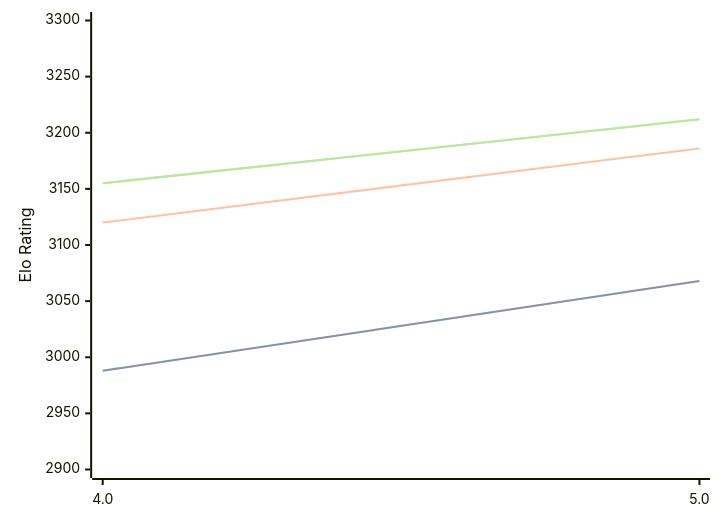
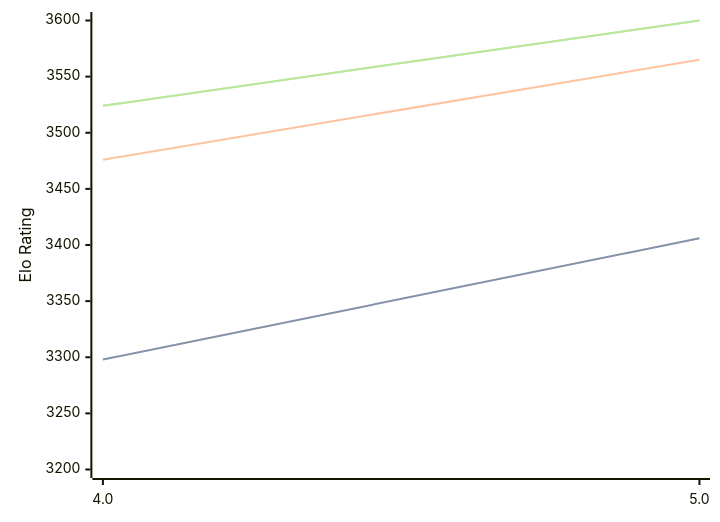
Before and after one commit to computer-chess-index/cci: the diagram in engines/Tarnished.md, drawn with Mermaid. The commit also changed other lines of this file, not shown here.

Commit message:
Update CCI Ratings (ELO VLTC) - 2026-02-24

````diff
--- a/engines/Tarnished.md
+++ b/engines/Tarnished.md
@@ -33,11 +34,11 @@
 ```mermaid
 %%{init: {"theme":"base","themeVariables":{"seriesColors:['#a3a3a3','#222221','#faa371']}}}%%
 xychart-beta
   x-axis ["4.0", "5.0"]
-  y-axis "Elo Rating" 2900 --> 3300
-  line "STC (8.0+0.08s)" [2988, 3068]
-  line "STC (8.0+0.08s)" [2988, 3068]
-  line "LTC (60.0+0.60s)" [3120, 3186]
-  line "VLTC (2m24s+1.12s)" [3155, 3212]
-  line "VLTC (2m24s+1.12s)" [3155, 3212]
+  y-axis "Elo Rating" 3200 --> 3600
+  line "STC (8.0+0.08s)" [3298, 3406]
+  line "STC (8.0+0.08s)" [3298, 3406]
+  line "LTC (60.0+0.60s)" [3476, 3565]
+  line "VLTC (2m24s+1.12s)" [3524, 3600]
+  line "VLTC (2m24s+1.12s)" [3524, 3600]
 ```
````
